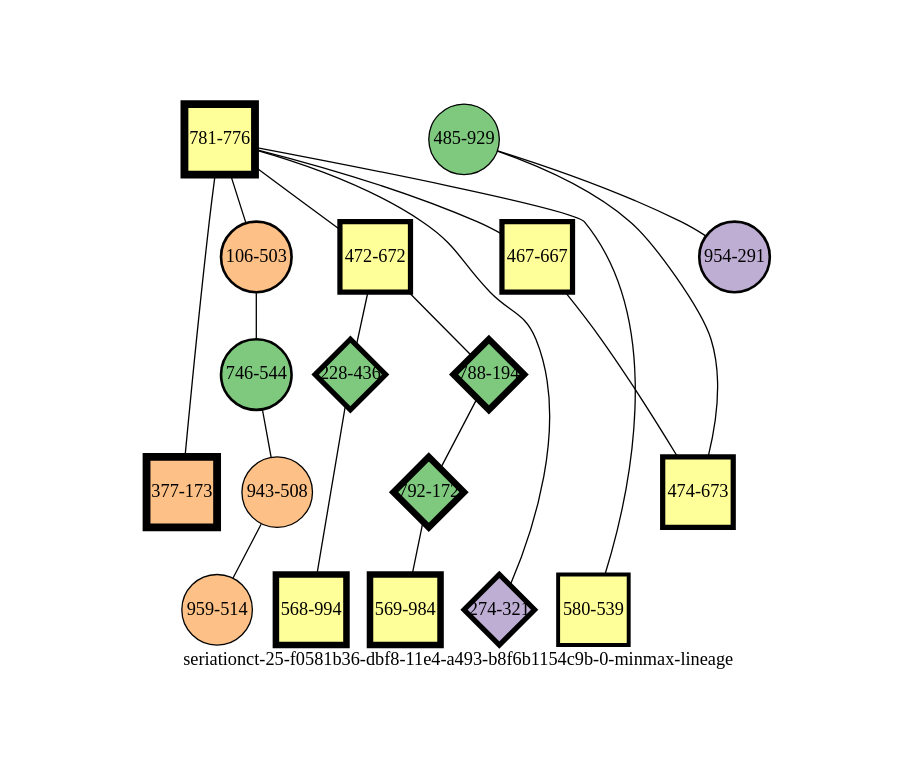
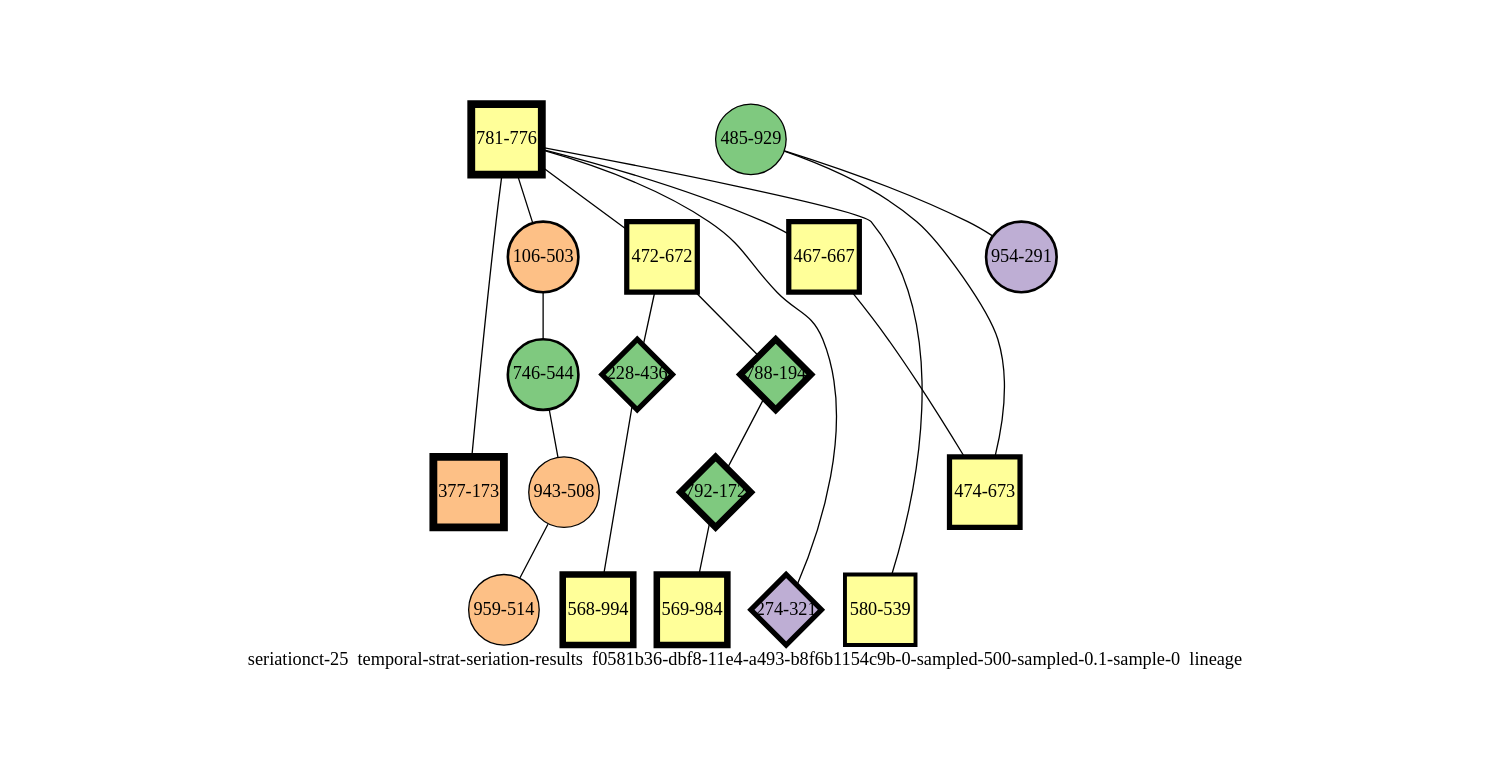
One commit to mmadsen/experiment-seriationct changed the diagram in experiments/seriationct-25/temporal-strat-seriation-results/f0581b36-dbf8-11e4-a493-b8f6b1154c9b-0-sampled-500-sampled-0.1-sample-0/f0581b36-dbf8-11e4-a493-b8f6b1154c9b-0-sampled-500-sampled-0.1-sample-0-minmax-by-weight.png-lineage-annotated-chronological.dot. Above: the diagram before and after it, drawn with Graphviz. The commit also changed 1117 other files, not shown here.

```diff
--- a/experiments/seriationct-25/temporal-strat-seriation-results/f0581b36-dbf8-11e4-a493-b8f6b1154c9b-0-sampled-500-sampled-0.1-sample-0/f0581b36-dbf8-11e4-a493-b8f6b1154c9b-0-sampled-500-sampled-0.1-sample-0-minmax-by-weight.png-lineage-annotated-chronological.dot
+++ b/experiments/seriationct-25/temporal-strat-seriation-results/f0581b36-dbf8-11e4-a493-b8f6b1154c9b-0-sampled-500-sampled-0.1-sample-0/f0581b36-dbf8-11e4-a493-b8f6b1154c9b-0-sampled-500-sampled-0.1-sample-0-minmax-by-weight.png-lineage-annotated-chronological.dot
@@ -1,42 +1,42 @@
-strict graph "seriationct-25-f0581b36-dbf8-11e4-a493-b8f6b1154c9b-0-minmax-lineage" {
+strict graph "seriationct-25  temporal-strat-seriation-results  f0581b36-dbf8-11e4-a493-b8f6b1154c9b-0-sampled-500-sampled-0.1-sample-0  lineage" {
 labelloc=b;
 ratio=auto;
 pad="1.0";
-label="seriationct-25-f0581b36-dbf8-11e4-a493-b8f6b1154c9b-0-minmax-lineage";
+label="seriationct-25  temporal-strat-seriation-results  f0581b36-dbf8-11e4-a493-b8f6b1154c9b-0-sampled-500-sampled-0.1-sample-0  lineage";
 node [width="0.75", style=filled, fixedsize=true, height="0.75", shape=circle, label=""];
 0 [xCoordinate="776.0", appears_in_slice=6, yCoordinate="781.0", colorscheme=accent6, lineage_id=1, short_label="781-776", label="781-776", shape=square, cluster_id=3, fillcolor=4, size="500.0", id=0, penwidth="6.0"];
 1 [xCoordinate="321.0", appears_in_slice=4, yCoordinate="274.0", colorscheme=accent6, lineage_id=2, short_label="274-321", label="274-321", shape=diamond, cluster_id=1, fillcolor=2, size="500.0", id=1, penwidth="4.0"];
 2 [xCoordinate="173.0", appears_in_slice=6, yCoordinate="377.0", colorscheme=accent6, lineage_id=1, short_label="377-173", label="377-173", shape=square, cluster_id=2, fillcolor=3, size="500.0", id=2, penwidth="6.0"];
 3 [xCoordinate="503.0", appears_in_slice=2, yCoordinate="106.0", colorscheme=accent6, lineage_id=0, short_label="106-503", label="106-503", shape=circle, cluster_id=2, fillcolor=3, size="500.0", id=3, penwidth="2.0"];
 4 [xCoordinate="672.0", appears_in_slice=4, yCoordinate="472.0", colorscheme=accent6, lineage_id=1, short_label="472-672", label="472-672", shape=square, cluster_id=3, fillcolor=4, size="500.0", id=4, penwidth="4.0"];
 5 [xCoordinate="544.0", appears_in_slice=2, yCoordinate="746.0", colorscheme=accent6, lineage_id=0, short_label="746-544", label="746-544", shape=circle, cluster_id=0, fillcolor=1, size="500.0", id=5, penwidth="2.0"];
 6 [xCoordinate="194.0", appears_in_slice=5, yCoordinate="788.0", colorscheme=accent6, lineage_id=2, short_label="788-194", label="788-194", shape=diamond, cluster_id=0, fillcolor=1, size="500.0", id=6, penwidth="5.0"];
 7 [xCoordinate="436.0", appears_in_slice=4, yCoordinate="228.0", colorscheme=accent6, lineage_id=2, short_label="228-436", label="228-436", shape=diamond, cluster_id=0, fillcolor=1, size="500.0", id=7, penwidth="4.0"];
 8 [xCoordinate="172.0", appears_in_slice=5, yCoordinate="792.0", colorscheme=accent6, lineage_id=2, short_label="792-172", label="792-172", shape=diamond, cluster_id=0, fillcolor=1, size="500.0", id=8, penwidth="5.0"];
 9 [xCoordinate="667.0", appears_in_slice=4, yCoordinate="467.0", colorscheme=accent6, lineage_id=1, short_label="467-667", label="467-667", shape=square, cluster_id=3, fillcolor=4, size="500.0", id=9, penwidth="4.0"];
 10 [xCoordinate="539.0", appears_in_slice=3, yCoordinate="580.0", colorscheme=accent6, lineage_id=1, short_label="580-539", label="580-539", shape=square, cluster_id=3, fillcolor=4, size="500.0", id=10, penwidth="3.0"];
 11 [xCoordinate="994.0", appears_in_slice=5, yCoordinate="568.0", colorscheme=accent6, lineage_id=1, short_label="568-994", label="568-994", shape=square, cluster_id=3, fillcolor=4, size="500.0", id=11, penwidth="5.0"];
 12 [xCoordinate="929.0", appears_in_slice=1, yCoordinate="485.0", colorscheme=accent6, lineage_id=0, short_label="485-929", label="485-929", shape=circle, cluster_id=0, fillcolor=1, size="500.0", id=12, penwidth="1.0"];
 13 [xCoordinate="508.0", appears_in_slice=1, yCoordinate="943.0", colorscheme=accent6, lineage_id=0, short_label="943-508", label="943-508", shape=circle, cluster_id=2, fillcolor=3, size="500.0", id=13, penwidth="1.0"];
 14 [xCoordinate="984.0", appears_in_slice=5, yCoordinate="569.0", colorscheme=accent6, lineage_id=1, short_label="569-984", label="569-984", shape=square, cluster_id=3, fillcolor=4, size="500.0", id=14, penwidth="5.0"];
 15 [xCoordinate="673.0", appears_in_slice=4, yCoordinate="474.0", colorscheme=accent6, lineage_id=1, short_label="474-673", label="474-673", shape=square, cluster_id=3, fillcolor=4, size="500.0", id=15, penwidth="4.0"];
 16 [xCoordinate="514.0", appears_in_slice=1, yCoordinate="959.0", colorscheme=accent6, lineage_id=0, short_label="959-514", label="959-514", shape=circle, cluster_id=2, fillcolor=3, size="500.0", id=16, penwidth="1.0"];
 17 [xCoordinate="291.0", appears_in_slice=2, yCoordinate="954.0", colorscheme=accent6, lineage_id=0, short_label="954-291", label="954-291", shape=circle, cluster_id=1, fillcolor=2, size="500.0", id=17, penwidth="2.0"];
 0 -- 1  [inverseweight="1.93034366728", weight="0.518042469302"];
 0 -- 2  [inverseweight="2.59825289856", weight="0.384874005358"];
 0 -- 3  [inverseweight="1.79716644891", weight="0.556431487247"];
 0 -- 4  [inverseweight="2.08228522434", weight="0.480241605861"];
 0 -- 9  [inverseweight="2.30637709245", weight="0.433580442363"];
 0 -- 10  [inverseweight="1.526192938", weight="0.655225152142"];
 3 -- 5  [inverseweight="35.7142857143", weight="0.028"];
 4 -- 6  [inverseweight="2.44015690909", weight="0.40980971194"];
 4 -- 7  [inverseweight="1.92140069211", weight="0.520453648272"];
 5 -- 13  [inverseweight="2.92552777625", weight="0.341818665377"];
 6 -- 8  [inverseweight="30.8901031608", weight="0.0323728281125"];
 7 -- 11  [inverseweight="4.49957705963", weight="0.222243110129"];
 8 -- 14  [inverseweight="32.9690236698", weight="0.0303315017762"];
 9 -- 15  [inverseweight="16.10391566", weight="0.062096698785"];
 12 -- 17  [inverseweight="3.78418848416", weight="0.264257450226"];
 12 -- 15  [inverseweight="1.76851873322", weight="0.565444957533"];
 13 -- 16  [inverseweight="14.5679136687", weight="0.0686440092069"];
 }
```
